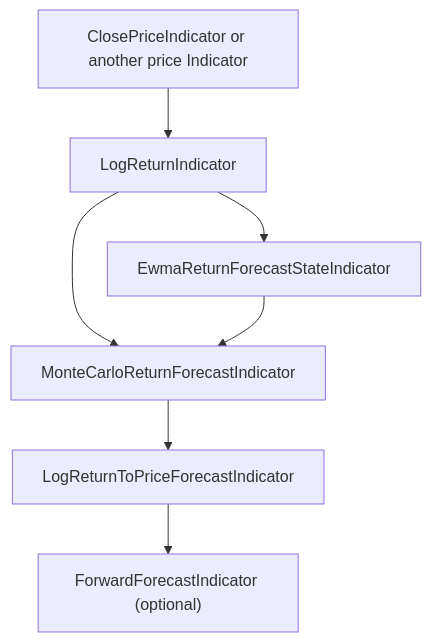
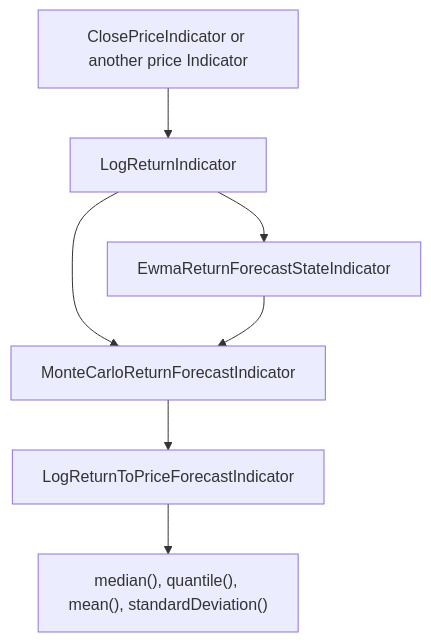
The diagram in Forecast-Indicators.md (ta4j/ta4j-wiki), drawn with Mermaid before and after one commit. The commit also changed other lines of this file and 4 other files, not shown here.

````diff
--- a/Forecast-Indicators.md
+++ b/Forecast-Indicators.md
@@ -113,9 +109,9 @@
 ```mermaid
 graph TD
     CP["ClosePriceIndicator or another price Indicator<Num>"] --> LR["LogReturnIndicator"]
     LR --> EWMA["EwmaReturnForecastStateIndicator"]
     LR --> MC["MonteCarloReturnForecastIndicator"]
     EWMA --> MC
     MC --> PRICE["LogReturnToPriceForecastIndicator"]
-    PRICE --> REDUCE["ForwardForecastIndicator (optional)"]
+    PRICE --> PROJECT["median(), quantile(), mean(), standardDeviation()"]
 ```
````
